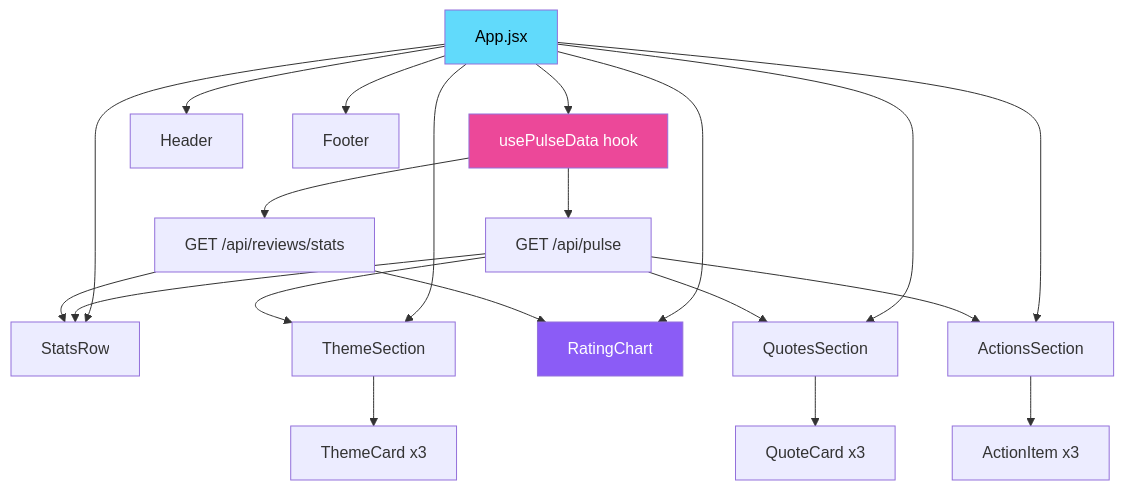
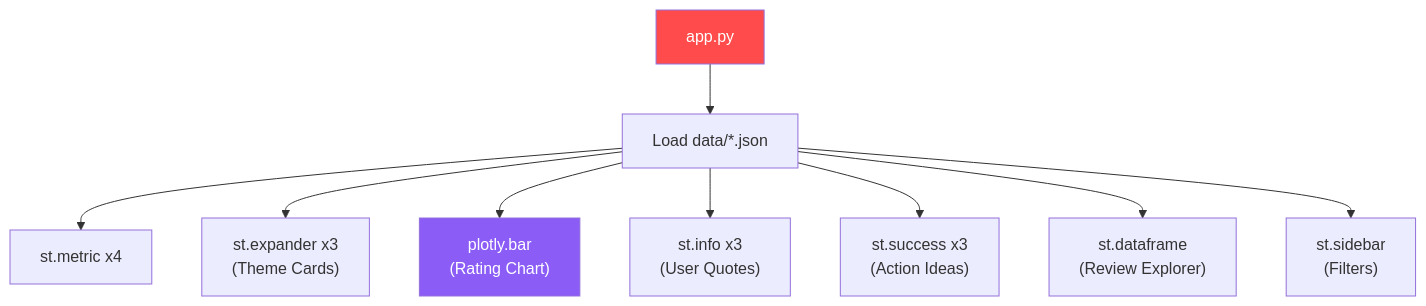
One commit to g3menon/WeeklyPulse_PlaystoreReviews changed the third of 4 diagrams in architecture/architecture.md. Above: the diagram before and after it, drawn with Mermaid. The commit also changed other lines of this file and 21 other files, not shown here.

Commit message:
feat: Initialize project architecture with a phase-based structure, core configuration, and updated environment examples.

````diff
--- a/architecture/architecture.md
+++ b/architecture/architecture.md
@@ -624,22 +521,14 @@
 ```mermaid
 flowchart TD
-    A["App.jsx"] --> B["usePulseData hook"]
-    B --> C["GET /api/pulse"]
-    B --> D["GET /api/reviews/stats"]
-    A --> E["Header"]
-    A --> F["StatsRow"]
-    A --> G["ThemeSection"]
-    A --> H["RatingChart"]
-    A --> I["QuotesSection"]
-    A --> J["ActionsSection"]
-    A --> K["Footer"]
-    G --> L["ThemeCard x3"]
-    I --> M["QuoteCard x3"]
-    J --> N["ActionItem x3"]
-    C --> F & G & I & J
-    D --> F & H
+    A["app.py"] --> B["Load data/*.json"]
+    B --> C["st.metric x4"]
+    B --> D["st.expander x3\n(Theme Cards)"]
+    B --> E["plotly.bar\n(Rating Chart)"]
+    B --> F["st.info x3\n(User Quotes)"]
+    B --> G["st.success x3\n(Action Ideas)"]
+    B --> H["st.dataframe\n(Review Explorer)"]
+    B --> I["st.sidebar\n(Filters)"]
 
-    style A fill:#61DAFB,color:#000
-    style B fill:#EC4899,color:#fff
-    style H fill:#8B5CF6,color:#fff
+    style A fill:#FF4B4B,color:#fff
+    style E fill:#8B5CF6,color:#fff
 ```
````
